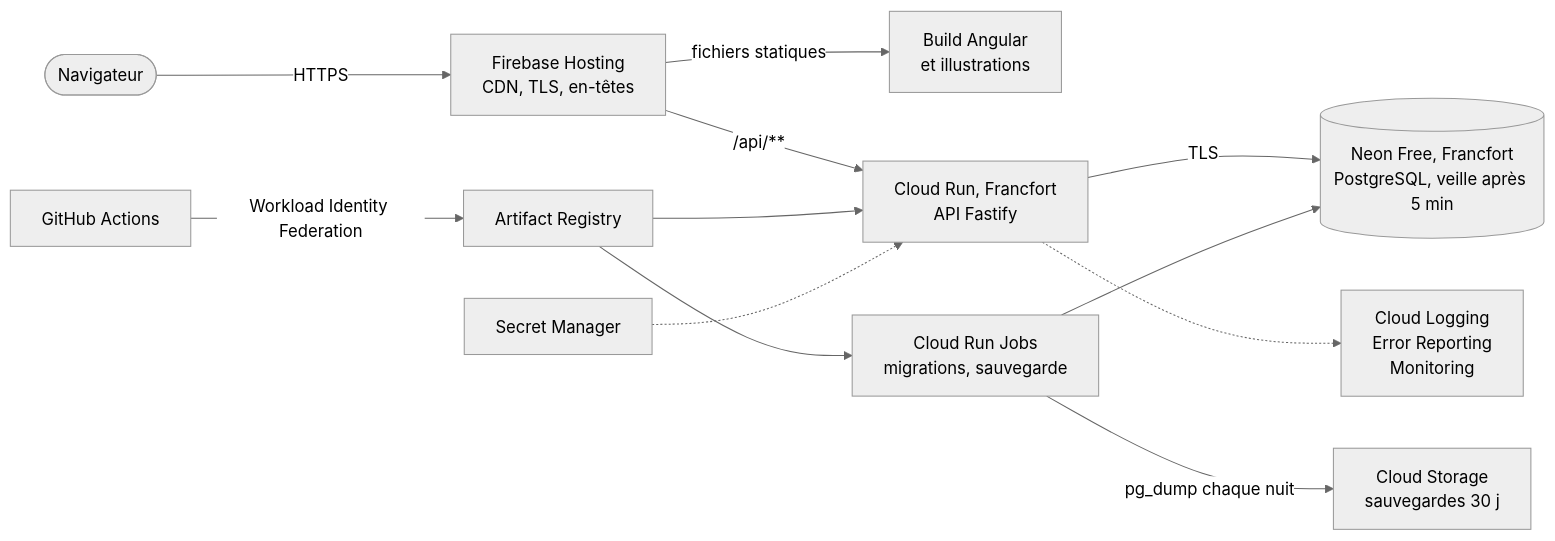
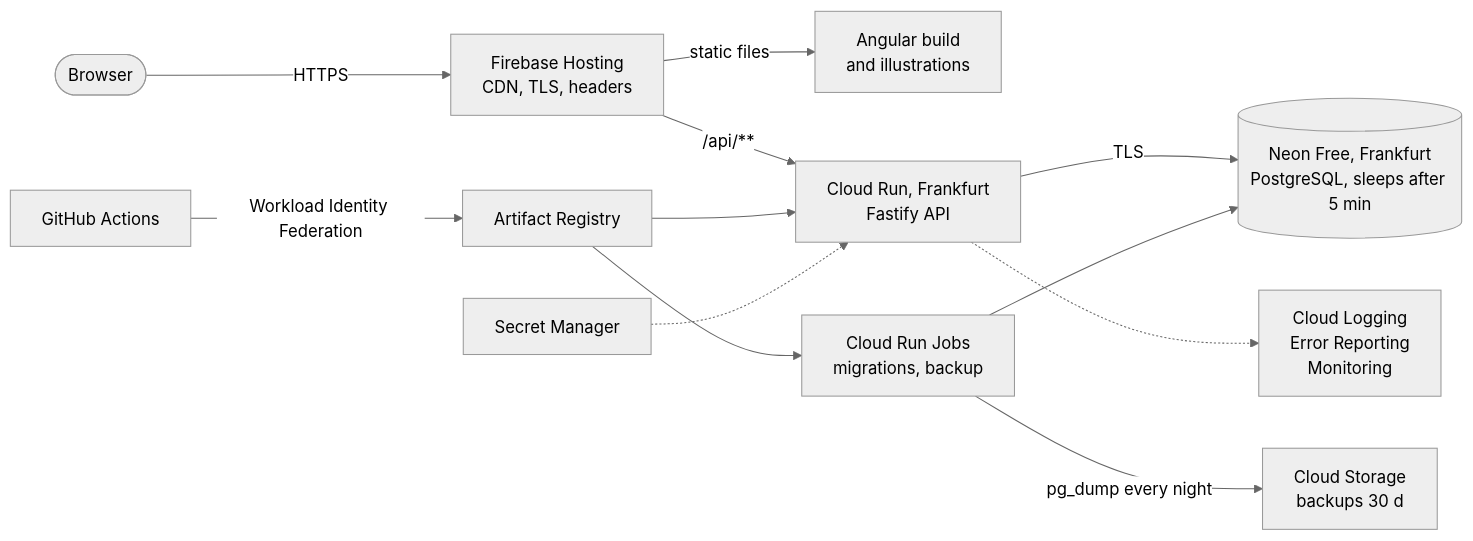
The diagram in docs/revues/2026-10-22-revue-mise-en-ligne.md (Obemm/20_HIPMaster), drawn with Mermaid (neutral theme) before and after one commit. The commit also changed other lines of this file and 12 other files, not shown here.

````diff
--- a/docs/revues/2026-10-22-revue-mise-en-ligne.md
+++ b/docs/revues/2026-10-22-revue-mise-en-ligne.md
@@ -125,14 +126,14 @@
 ```mermaid
 flowchart LR
-  joueur([Navigateur]) -->|HTTPS| fh[Firebase Hosting<br/>CDN, TLS, en-têtes]
-  fh -->|fichiers statiques| front[Build Angular<br/>et illustrations]
-  fh -->|/api/**| run[Cloud Run, Francfort<br/>API Fastify]
-  run -->|TLS| neon[(Neon Free, Francfort<br/>PostgreSQL, veille après 5 min)]
-  job[Cloud Run Jobs<br/>migrations, sauvegarde] --> neon
-  job -->|pg_dump chaque nuit| gcs[Cloud Storage<br/>sauvegardes 30 j]
+  joueur([Browser]) -->|HTTPS| fh[Firebase Hosting<br/>CDN, TLS, headers]
+  fh -->|static files| front[Angular build<br/>and illustrations]
+  fh -->|/api/**| run[Cloud Run, Frankfurt<br/>Fastify API]
+  run -->|TLS| neon[(Neon Free, Frankfurt<br/>PostgreSQL, sleeps after 5 min)]
+  job[Cloud Run Jobs<br/>migrations, backup] --> neon
+  job -->|pg_dump every night| gcs[Cloud Storage<br/>backups 30 d]
   gh[GitHub Actions] -->|Workload Identity Federation| ar[Artifact Registry]
   ar --> run
   ar --> job
   sm[Secret Manager] -.-> run
   run -.-> logs[Cloud Logging<br/>Error Reporting<br/>Monitoring]
 ```
````
